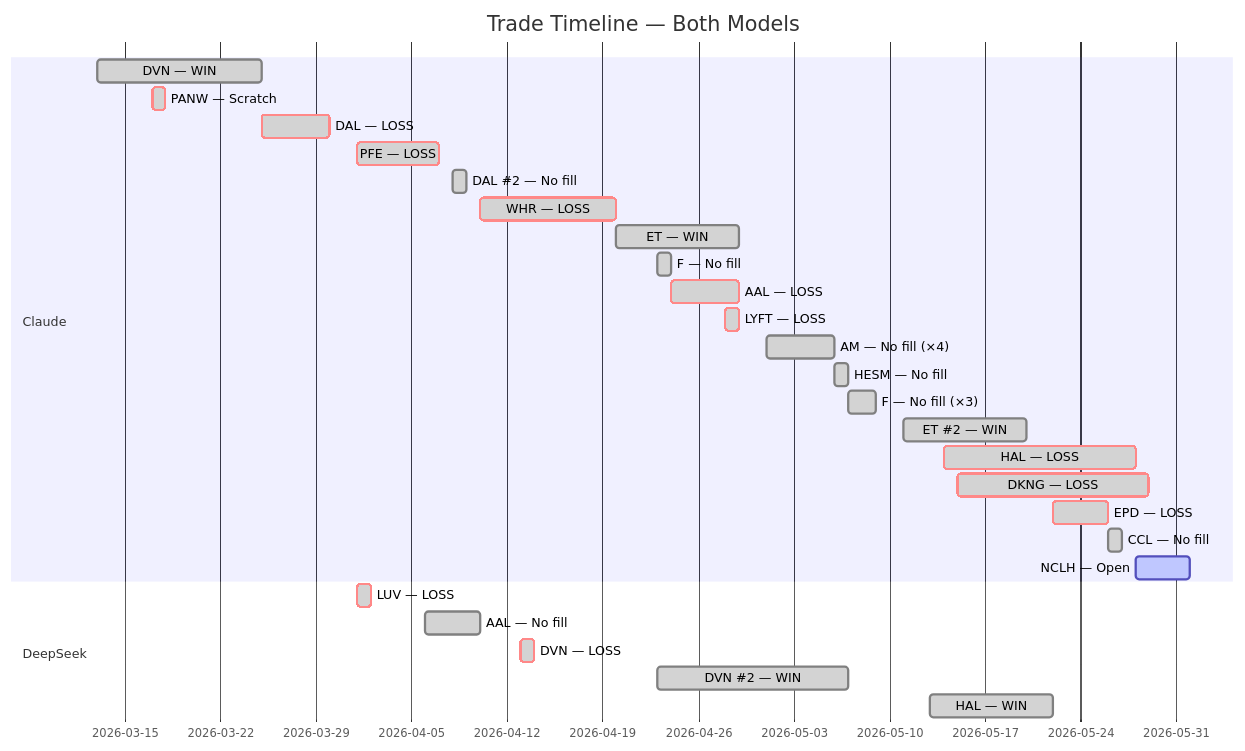
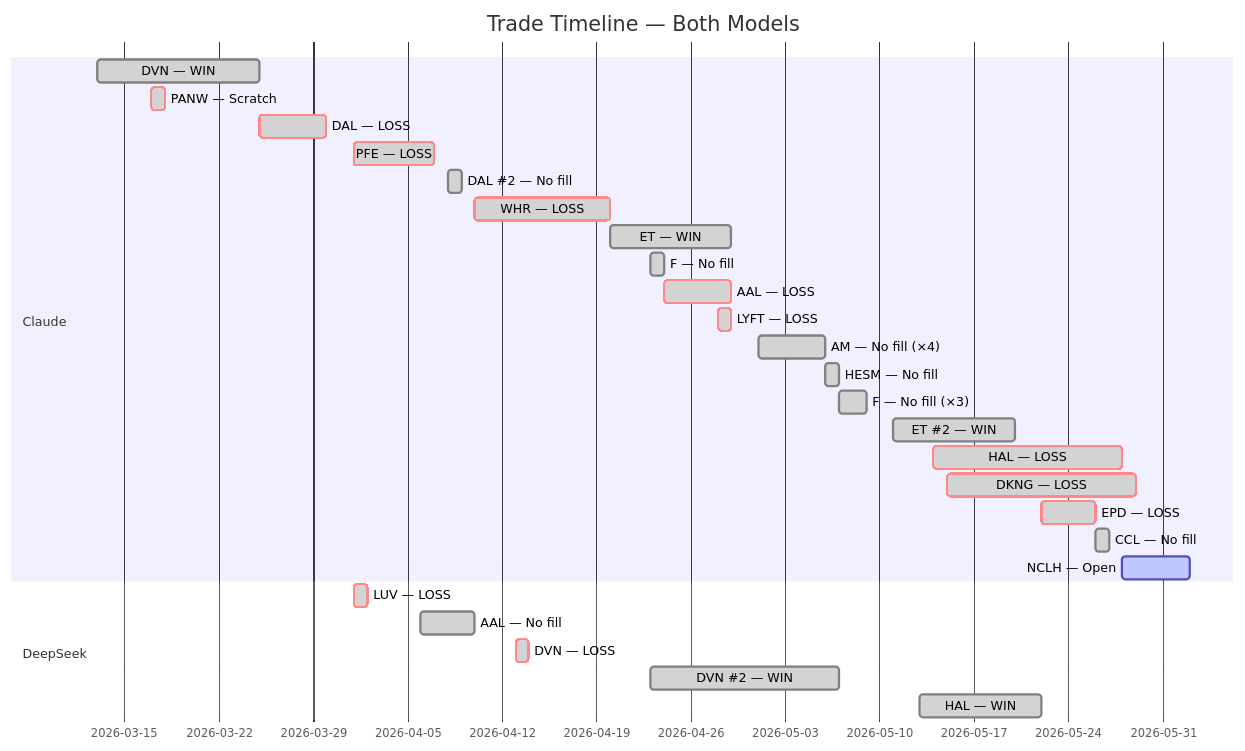
The fifth of 5 diagrams in README.md (zachisit/ai-auto-buy-thesis), drawn with Mermaid before and after one commit. The commit also changed other lines of this file and 2 other files, not shown here.

Commit message:
Update README and add session logs for 6/2 — NCLH Day 4 hold, both models no new entries

````diff
--- a/README.md
+++ b/README.md
@@ -63,31 +63,31 @@
 ```mermaid
 gantt
     title Trade Timeline — Both Models
     dateFormat YYYY-MM-DD
     section Claude
     DVN — WIN            :done,    2026-03-13, 2026-03-25
     PANW — Scratch       :crit, done, 2026-03-17, 2026-03-18
     DAL — LOSS           :crit, done, 2026-03-25, 2026-03-30
     PFE — LOSS           :crit, done, 2026-04-01, 2026-04-07
     DAL #2 — No fill     :done,    2026-04-08, 2026-04-09
     WHR — LOSS           :crit, done, 2026-04-10, 2026-04-20
     ET — WIN             :done,    2026-04-20, 2026-04-29
     F — No fill          :done,    2026-04-23, 2026-04-24
     AAL — LOSS           :crit, done, 2026-04-24, 2026-04-29
     LYFT — LOSS          :crit, done, 2026-04-28, 2026-04-29
     AM — No fill (×4)    :done,    2026-05-01, 2026-05-06
     HESM — No fill       :done,    2026-05-06, 2026-05-07
     F — No fill (×3)     :done,    2026-05-07, 2026-05-09
     ET #2 — WIN          :done,    2026-05-11, 2026-05-20
     HAL — LOSS           :crit, done, 2026-05-14, 2026-05-28
     DKNG — LOSS          :crit, done, 2026-05-15, 2026-05-29
     EPD — LOSS           :crit, done, 2026-05-22, 2026-05-26
     CCL — No fill        :done,    2026-05-26, 2026-05-27
-    NCLH — Open          :active,  2026-05-28, 2026-06-01
+    NCLH — Open          :active,  2026-05-28, 2026-06-02
     section DeepSeek
     LUV — LOSS           :crit, done, 2026-04-01, 2026-04-02
     AAL — No fill        :done,    2026-04-06, 2026-04-10
     DVN — LOSS           :crit, done, 2026-04-13, 2026-04-14
     DVN #2 — WIN         :done,    2026-04-23, 2026-05-07
     HAL — WIN            :done,    2026-05-13, 2026-05-22
 ```
````
